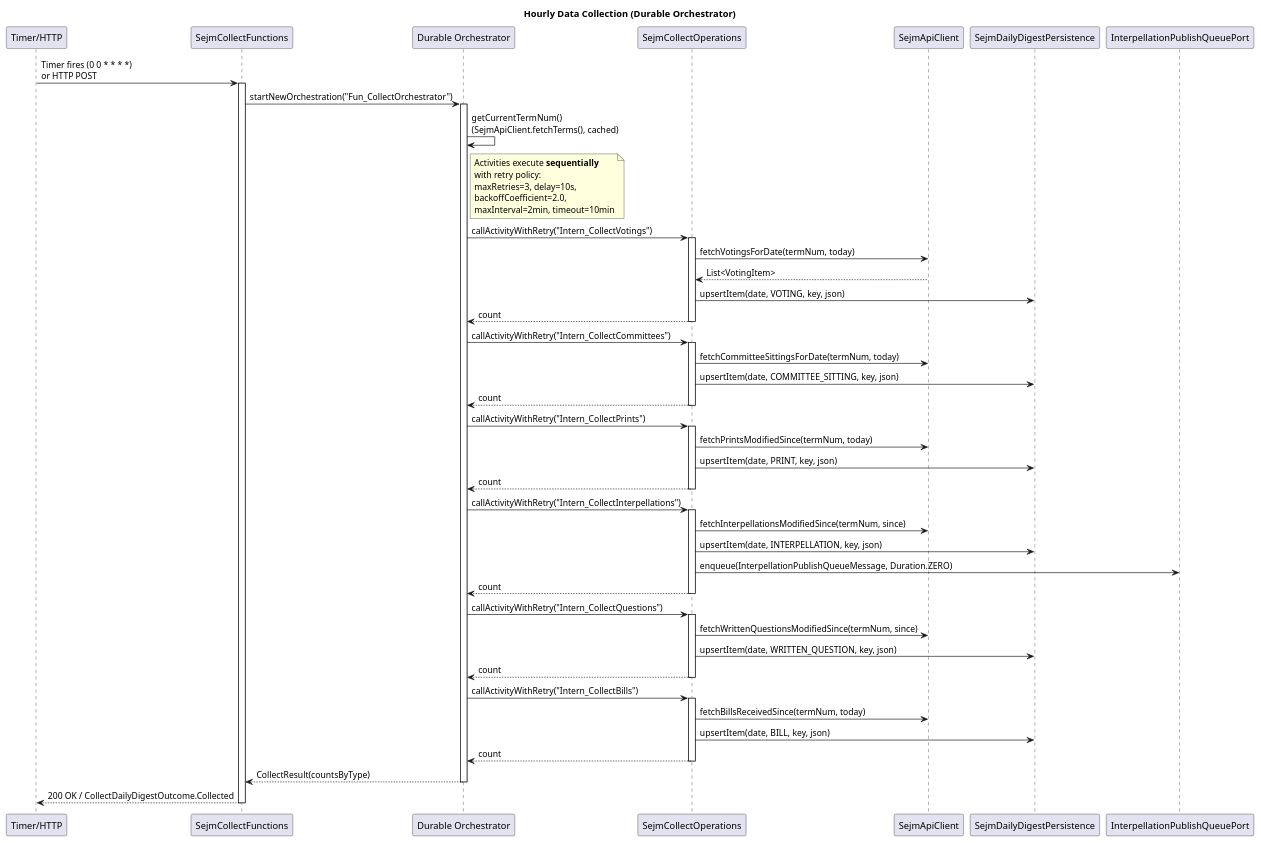
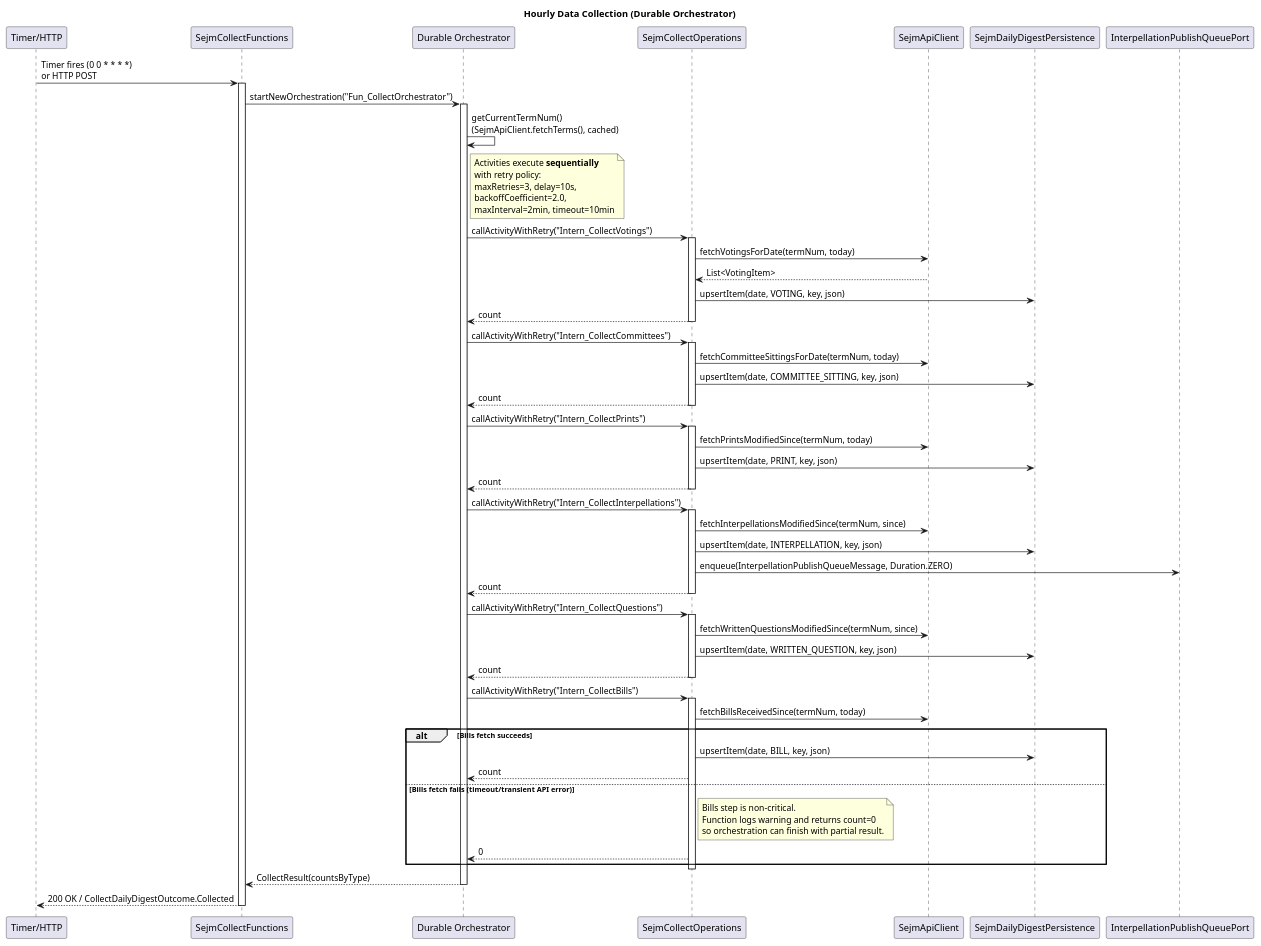
The diagram in docs/sequences/seq-collect-daily-digest.puml (onlexnet/sejmstream), drawn with PlantUML before and after one commit. The commit also changed 6 other files, not shown here.

Commit message:
feat: Enhance collection process to handle non-critical bill fetch failures gracefully and update documentation

```diff
--- a/docs/sequences/seq-collect-daily-digest.puml
+++ b/docs/sequences/seq-collect-daily-digest.puml
@@ -1,78 +1,87 @@
 @startuml seq_collect_daily_digest
 title Hourly Data Collection (Durable Orchestrator)
 
 participant "Timer/HTTP" as trigger
 participant "SejmCollectFunctions" as fn
 participant "Durable Orchestrator" as orch
 participant "SejmCollectOperations" as ops
 participant "SejmApiClient" as api
 participant "SejmDailyDigestPersistence" as db
 participant "InterpellationPublishQueuePort" as queue
 
 trigger -> fn: Timer fires (0 0 * * * *)\nor HTTP POST
 activate fn
 
 fn -> orch: startNewOrchestration("Fun_CollectOrchestrator")
 activate orch
 
 orch -> orch: getCurrentTermNum()\n(SejmApiClient.fetchTerms(), cached)
 
 note right of orch
   Activities execute **sequentially**
   with retry policy:
   maxRetries=3, delay=10s,
   backoffCoefficient=2.0,
   maxInterval=2min, timeout=10min
 end note
 
 orch -> ops: callActivityWithRetry("Intern_CollectVotings")
 activate ops
 ops -> api: fetchVotingsForDate(termNum, today)
 api --> ops: List<VotingItem>
 ops -> db: upsertItem(date, VOTING, key, json)
 ops --> orch: count
 deactivate ops
 
 orch -> ops: callActivityWithRetry("Intern_CollectCommittees")
 activate ops
 ops -> api: fetchCommitteeSittingsForDate(termNum, today)
 ops -> db: upsertItem(date, COMMITTEE_SITTING, key, json)
 ops --> orch: count
 deactivate ops
 
 orch -> ops: callActivityWithRetry("Intern_CollectPrints")
 activate ops
 ops -> api: fetchPrintsModifiedSince(termNum, today)
 ops -> db: upsertItem(date, PRINT, key, json)
 ops --> orch: count
 deactivate ops
 
 orch -> ops: callActivityWithRetry("Intern_CollectInterpellations")
 activate ops
 ops -> api: fetchInterpellationsModifiedSince(termNum, since)
 ops -> db: upsertItem(date, INTERPELLATION, key, json)
 ops -> queue: enqueue(InterpellationPublishQueueMessage, Duration.ZERO)
 ops --> orch: count
 deactivate ops
 
 orch -> ops: callActivityWithRetry("Intern_CollectQuestions")
 activate ops
 ops -> api: fetchWrittenQuestionsModifiedSince(termNum, since)
 ops -> db: upsertItem(date, WRITTEN_QUESTION, key, json)
 ops --> orch: count
 deactivate ops
 
 orch -> ops: callActivityWithRetry("Intern_CollectBills")
 activate ops
 ops -> api: fetchBillsReceivedSince(termNum, today)
-ops -> db: upsertItem(date, BILL, key, json)
-ops --> orch: count
+alt Bills fetch succeeds
+  ops -> db: upsertItem(date, BILL, key, json)
+  ops --> orch: count
+else Bills fetch fails (timeout/transient API error)
+  note right of ops
+    Bills step is non-critical.
+    Function logs warning and returns count=0
+    so orchestration can finish with partial result.
+  end note
+  ops --> orch: 0
+end
 deactivate ops
 
 orch --> fn: CollectResult(countsByType)
 deactivate orch
 
 fn --> trigger: 200 OK / CollectDailyDigestOutcome.Collected
 deactivate fn
 
 @enduml
```
